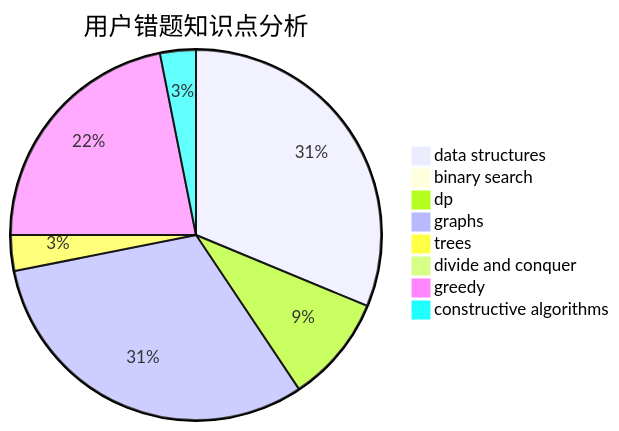
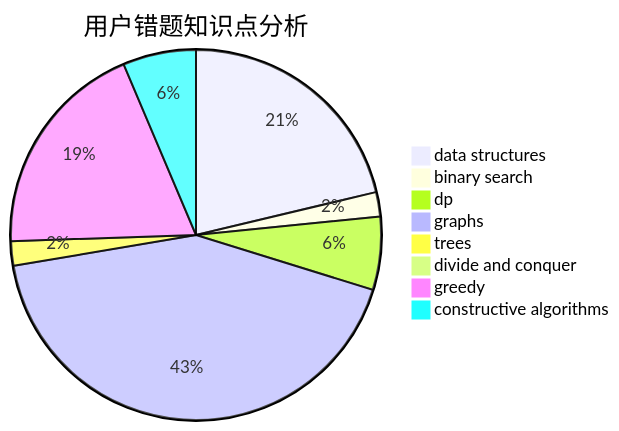
One commit to sherpahu/cfrs.github.io changed the third of 3 diagrams in docs/user/u173.md. Above: the diagram before and after it, drawn with Mermaid. The commit also changed other lines of this file and 2770 other files, not shown here.

````diff
--- a/docs/user/u173.md
+++ b/docs/user/u173.md
@@ -36,11 +36,11 @@
 ```mermaid
 pie title 用户错题知识点分析
     "data structures" :  10
-    "binary search" :  0
+    "binary search" :  1
     "dp" :  3
-    "graphs" :  10
+    "graphs" :  20
     "trees" :  1
     "divide and conquer" :  0
-    "greedy" :  7
-    "constructive algorithms" :  1
+    "greedy" :  9
+    "constructive algorithms" :  3
 ```
````
